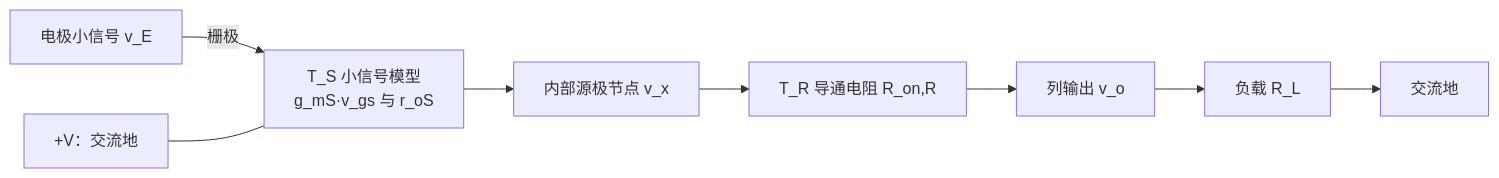
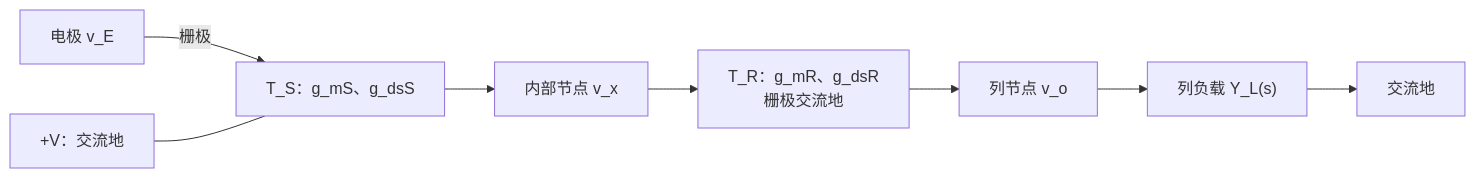
One commit to myliu0217-lab/mynotes changed the first of 6 diagrams in TFT/TFT1.md. Above: the diagram before and after it, drawn with Mermaid. The commit also changed other lines of this file, not shown here.

````diff
--- a/TFT/TFT1.md
+++ b/TFT/TFT1.md
@@ -55,10 +74,10 @@
 ```mermaid
 flowchart LR
-    VE["电极小信号 v_E"] -->|"栅极"| TS["T_S 小信号模型\ng_mS·v_gs 与 r_oS"]
+    VE["电极 v_E"] -->|"栅极"| TS["T_S：g_mS、g_dsS"]
     AG["+V：交流地"] --- TS
-    TS --> X["内部源极节点 v_x"]
-    X --> RR["T_R 导通电阻 R_on,R"]
-    RR --> VO["列输出 v_o"]
-    VO --> RL["负载 R_L"]
-    RL --> G["交流地"]
+    TS --> X["内部节点 v_x"]
+    X --> TR["T_R：g_mR、g_dsR\n栅极交流地"]
+    TR --> VO["列节点 v_o"]
+    VO --> YL["列负载 Y_L(s)"]
+    YL --> G["交流地"]
 ```
````
